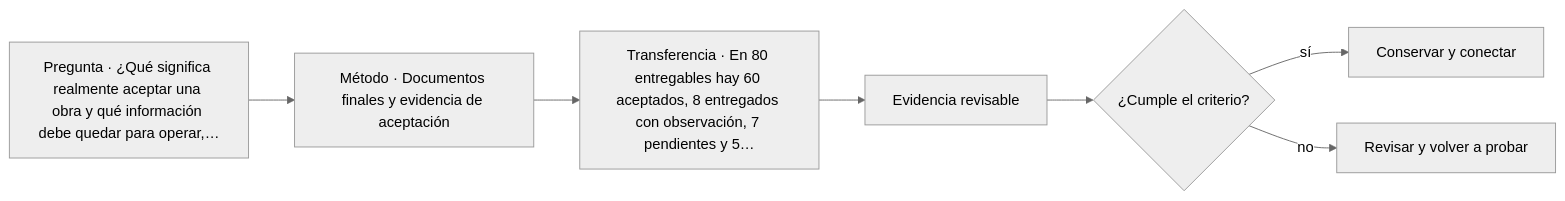
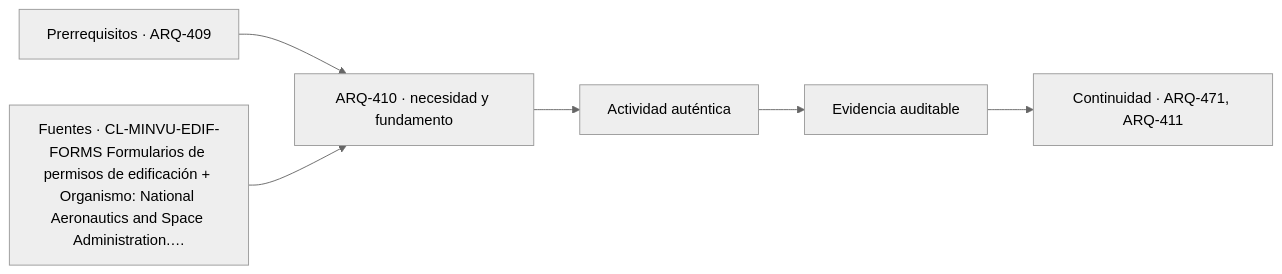
Before and after one commit to vladimiracunadev-create/architecture-built-environment-learning-program: the diagram in classes/parte-41/ARQ-410.md, drawn with Mermaid (neutral theme). The commit also changed other lines of this file and 761 other files, not shown here.

````diff
--- a/classes/parte-41/ARQ-410.md
+++ b/classes/parte-41/ARQ-410.md
@@ -91,9 +103,8 @@
 ```mermaid
 flowchart LR
-    Q["Pregunta · ¿Qué significa realmente aceptar una obra y qué información debe quedar para operar,…"] --> M["Método · Documentos finales y evidencia de aceptación"]
-    M --> P["Transferencia · En 80 entregables hay 60 aceptados, 8 entregados con observación, 7 pendientes y 5…"]
-    P --> E["Evidencia revisable"]
-    E --> C{"¿Cumple el criterio?"}
-    C -->|sí| T["Conservar y conectar"]
-    C -->|no| R["Revisar y volver a probar"]
+    A["Prerrequisitos · ARQ-409"] --> B["ARQ-410 · necesidad y fundamento"]
+    S["Fuentes · CL-MINVU-EDIF-FORMS Formularios de permisos de edificación + Organismo: National Aeronautics and Space Administration.…"] --> B
+    B --> C["Actividad auténtica"]
+    C --> D["Evidencia auditable"]
+    D --> E["Continuidad · ARQ-471, ARQ-411"]
 ```
````
